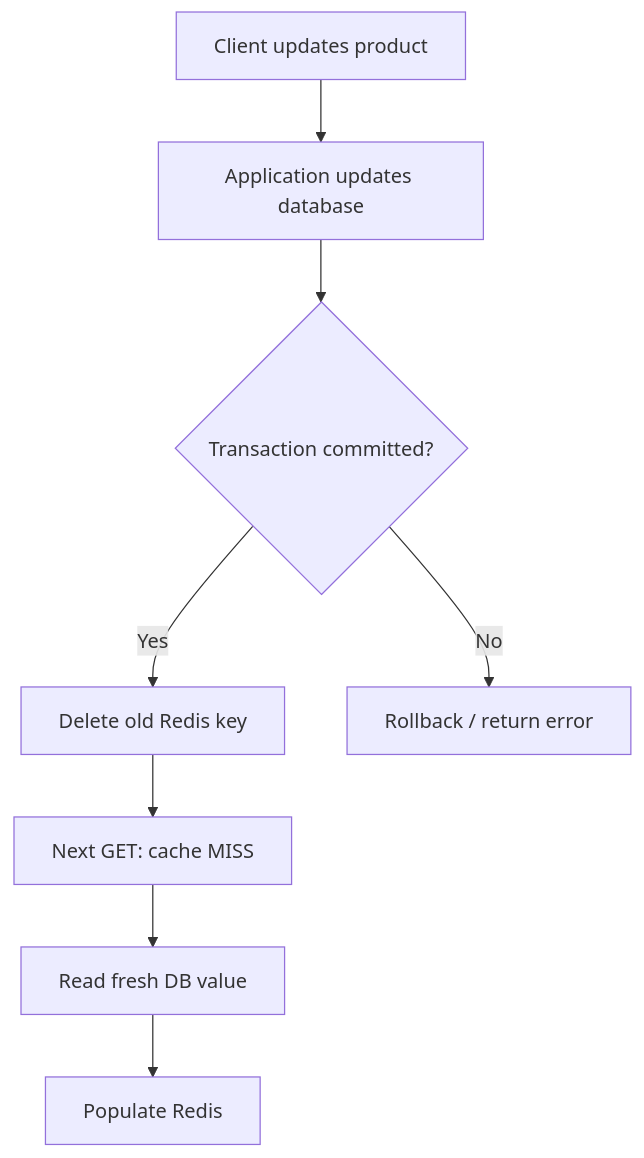
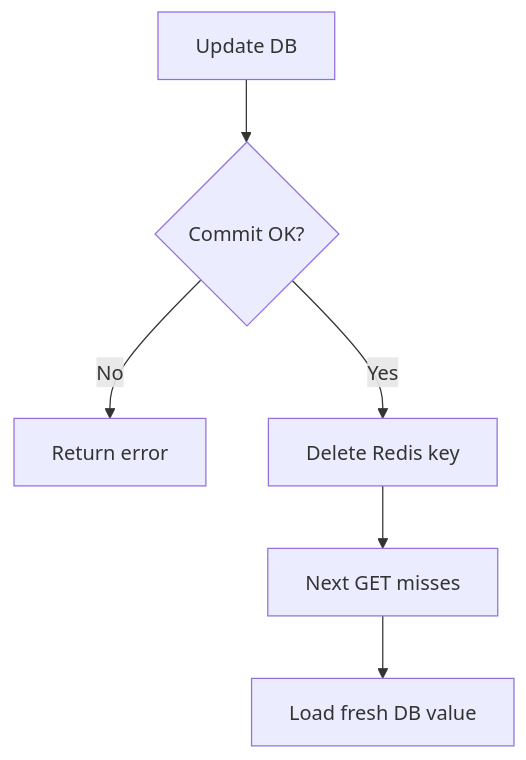
The seventh of 14 diagrams in system_design_notes/04_caching_strategies_redis_ha_failure_recovery_interview_notes.md (Johnybritto/system_design), drawn with Mermaid before and after one commit. The commit also changed other lines of this file, not shown here.

Commit message:
docs: align caching guide with chat Q&A and simplify Mermaid diagrams

````diff
--- a/system_design_notes/04_caching_strategies_redis_ha_failure_recovery_interview_notes.md
+++ b/system_design_notes/04_caching_strategies_redis_ha_failure_recovery_interview_notes.md
@@ -161,14 +203,8 @@
 ```mermaid
 flowchart TD
-  A["Client updates product"]
-  B["Application updates database"]
-  C{"Transaction committed?"}
-  D["Delete old Redis key"]
-  E["Next GET: cache MISS"]
-  F["Read fresh DB value"]
-  G["Populate Redis"]
-  H["Rollback / return error"]
-  A --> B --> C
-  C -->|"Yes"| D --> E --> F --> G
-  C -->|"No"| H
+  A["Update DB"] --> B{"Commit OK?"}
+  B -->|No| C["Return error"]
+  B -->|Yes| D["Delete Redis key"]
+  D --> E["Next GET misses"]
+  E --> F["Load fresh DB value"]
 ```
````
